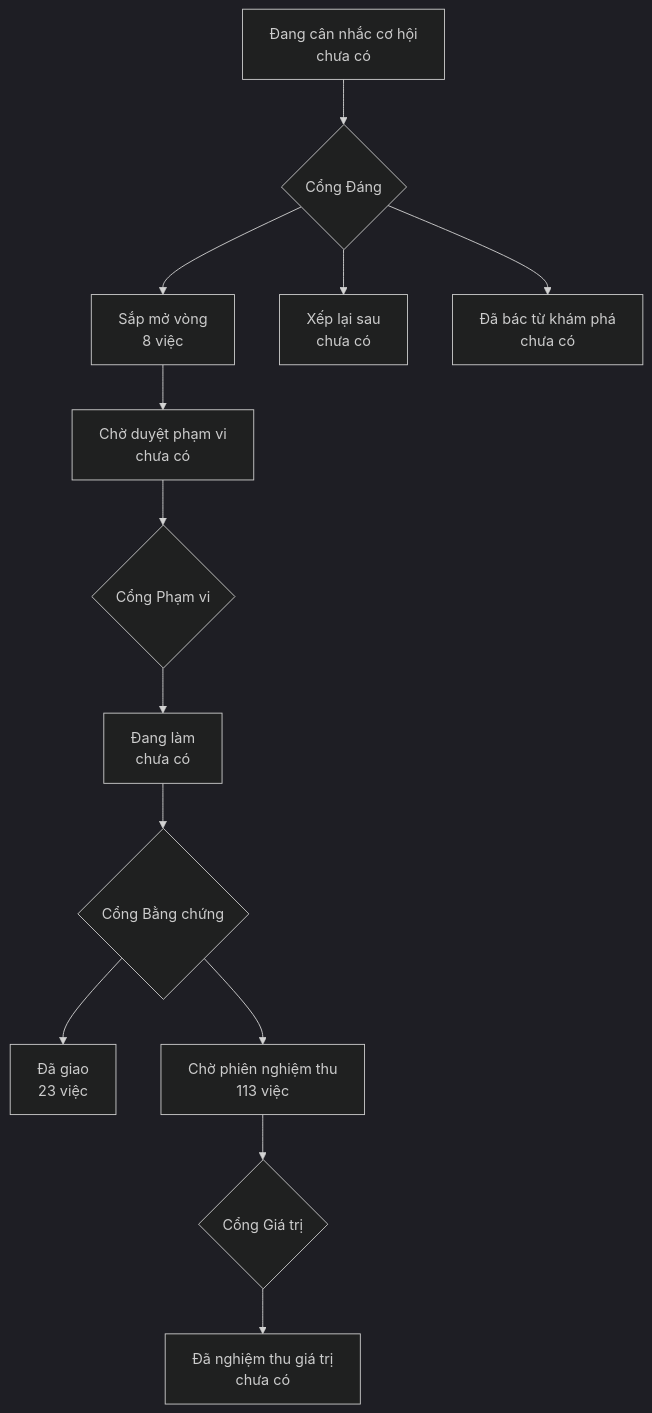
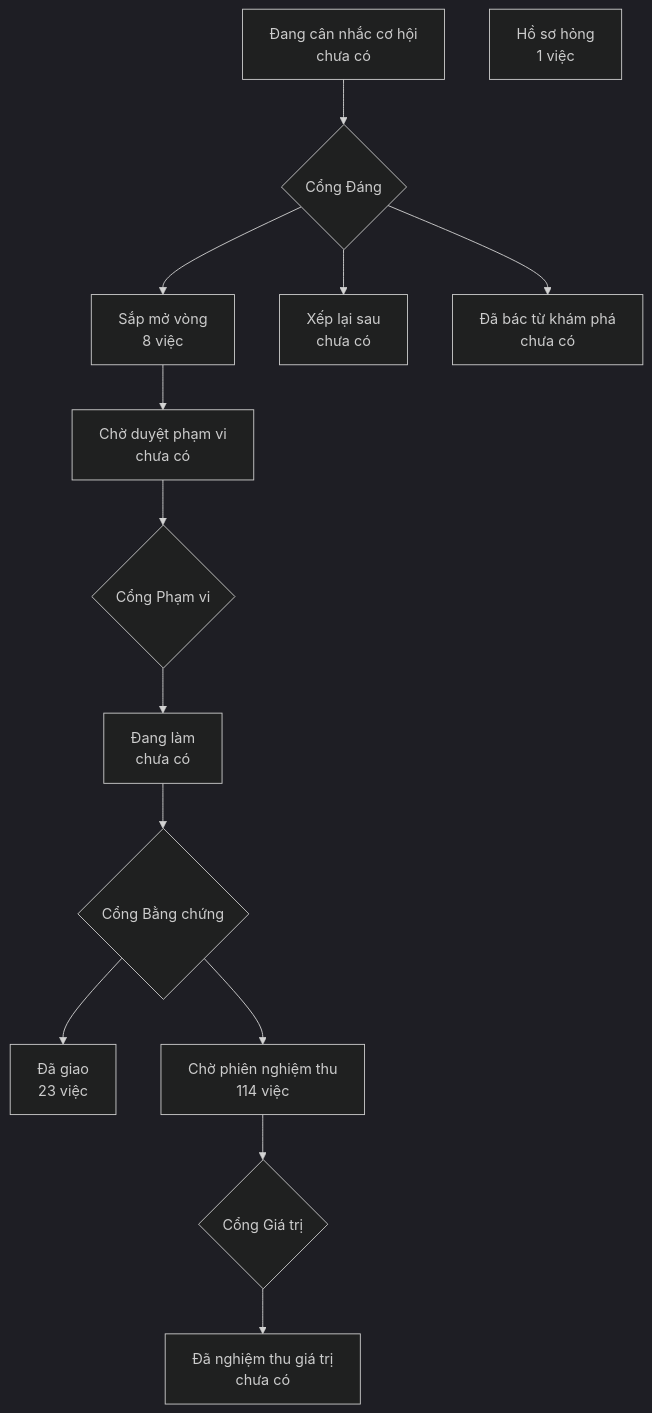
The diagram in PRODUCT-MAP.md (phanlemanh/onehub-quy-hang), drawn with Mermaid (dark theme) before and after one commit. The commit also changed other lines of this file and 1 other file, not shown here.

````diff
--- a/PRODUCT-MAP.md
+++ b/PRODUCT-MAP.md
@@ -7,12 +7,13 @@
 ```mermaid
 flowchart TD
   A["Đang cân nhắc cơ hội<br/>chưa có"] --> GD{"Cổng Đáng"}
   GD --> B["Sắp mở vòng<br/>8 việc"]
   GD --> XL["Xếp lại sau<br/>chưa có"]
   GD --> DB["Đã bác từ khám phá<br/>chưa có"]
   B --> CD["Chờ duyệt phạm vi<br/>chưa có"] --> GP{"Cổng Phạm vi"}
   GP --> DL["Đang làm<br/>chưa có"] --> GB{"Cổng Bằng chứng"}
   GB --> DG["Đã giao<br/>23 việc"]
-  GB --> CN["Chờ phiên nghiệm thu<br/>113 việc"] --> GG{"Cổng Giá trị"}
+  GB --> CN["Chờ phiên nghiệm thu<br/>114 việc"] --> GG{"Cổng Giá trị"}
   GG --> NT["Đã nghiệm thu giá trị<br/>chưa có"]
+  HS["Hồ sơ hỏng<br/>1 việc"]
 ```
````
